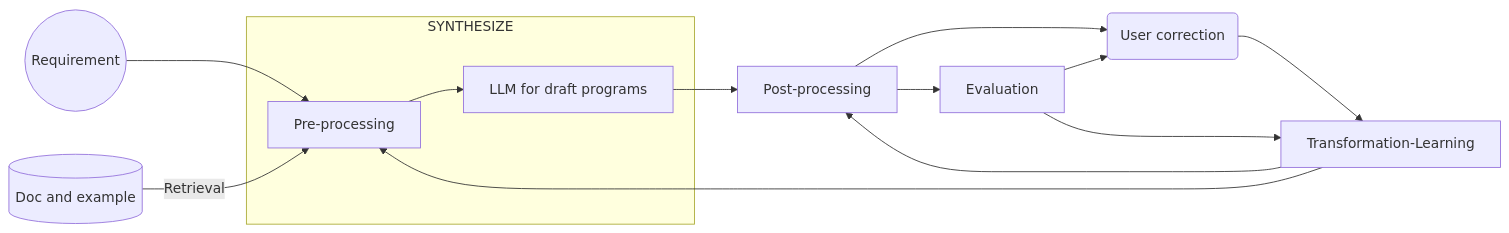
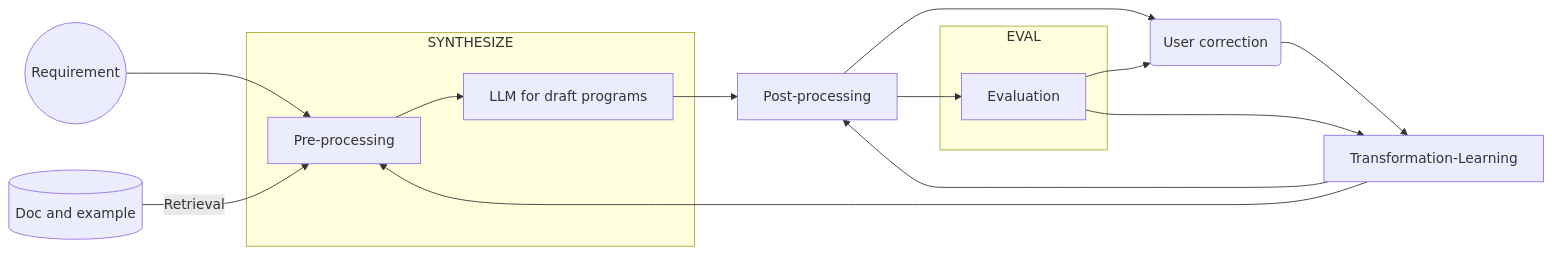
The second of 2 diagrams in Code-Generation.md (AI-LLM/ai-llm.github.io), drawn with Mermaid before and after one commit.

````diff
--- a/Code-Generation.md
+++ b/Code-Generation.md
@@ -59,16 +59,19 @@
 ```mermaid
 graph LR;
 S((Requirement))-->Pre-processing
 doc[(Doc and example)] -- Retrieval --> Pre-processing
 subgraph SYNTHESIZE
 Pre-processing --> LLMsynth[LLM for draft programs]
 end
 LLMsynth --> Post-processing
 Post-processing --> Evaluation
+subgraph EVAL
+Evaluation
+end
 Post-processing --> U(User correction)
 Evaluation --> U
 U --> Transformation-Learning
 Evaluation --> Transformation-Learning
 Transformation-Learning --> Post-processing
 Transformation-Learning --> Pre-processing
 ```
````
